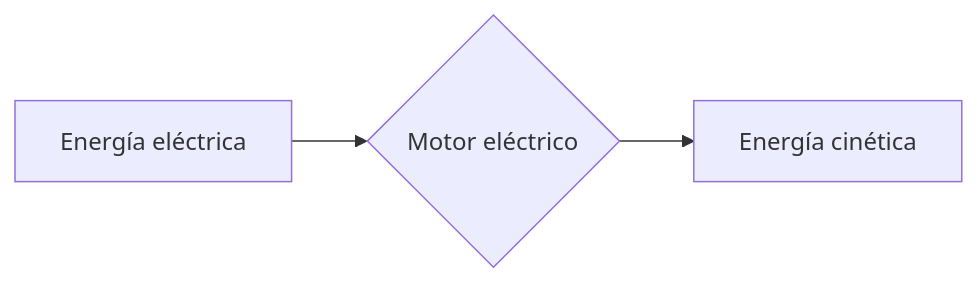
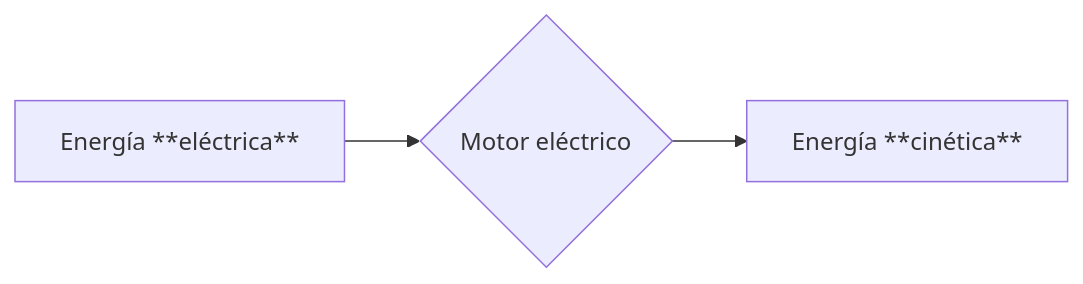
One commit to citius70/electricidad_nueva-tecnologia-1eso changed the fourth of 5 diagrams in docs/4_1_componentes_elec.md. Above: the diagram before and after it, drawn with Mermaid. The commit also changed other lines of this file and 233 other files, not shown here.

````diff
--- a/docs/4_1_componentes_elec.md
+++ b/docs/4_1_componentes_elec.md
@@ -84,5 +93,5 @@
 ``` mermaid
 graph LR
-  A[Energía eléctrica] --> B{Motor eléctrico};
-  B --> E[Energía cinética];
+  A[Energía **eléctrica**] --> B{Motor eléctrico};
+  B --> E[Energía **cinética**];
 ```
````
